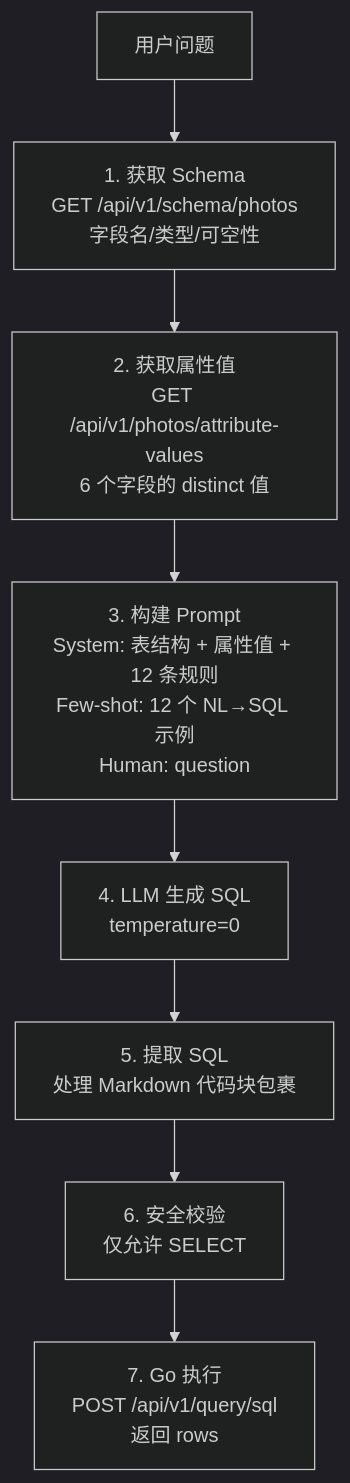
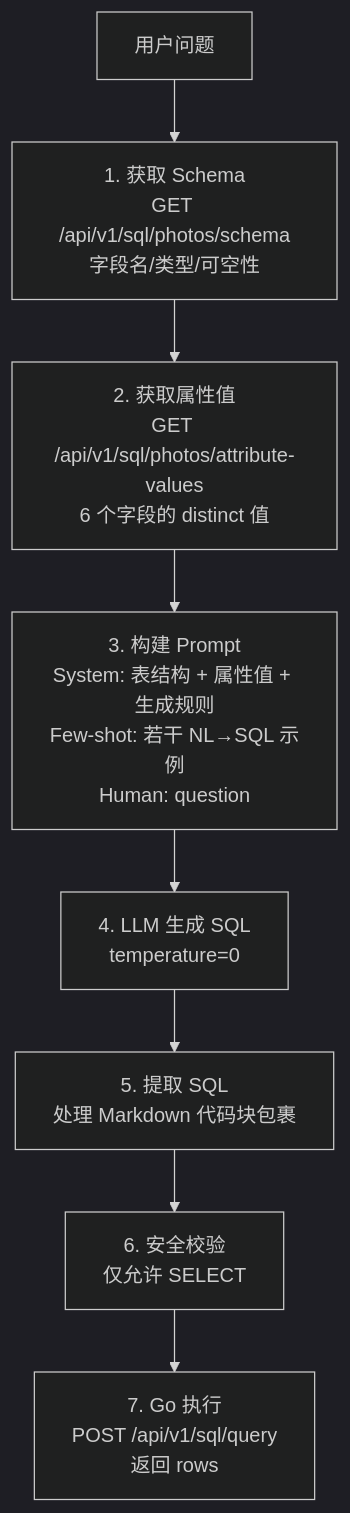
Before and after one commit to pancake-lee/photo-agent: the fifth of 5 diagrams in docs/tech.md, drawn with Mermaid (dark theme). The commit also changed other lines of this file and 16 other files, not shown here.

````diff
--- a/docs/tech.md
+++ b/docs/tech.md
@@ -116,10 +116,10 @@
 ```mermaid
 flowchart TD
-    A[用户问题] --> B["1. 获取 Schema<br>GET /api/v1/schema/photos<br>字段名/类型/可空性"]
-    B --> C["2. 获取属性值<br>GET /api/v1/photos/attribute-values<br>6 个字段的 distinct 值"]
-    C --> D["3. 构建 Prompt<br>System: 表结构 + 属性值 + 12 条规则<br>Few-shot: 12 个 NL→SQL 示例<br>Human: question"]
+    A[用户问题] --> B["1. 获取 Schema<br>GET /api/v1/sql/photos/schema<br>字段名/类型/可空性"]
+    B --> C["2. 获取属性值<br>GET /api/v1/sql/photos/attribute-values<br>6 个字段的 distinct 值"]
+    C --> D["3. 构建 Prompt<br>System: 表结构 + 属性值 + 生成规则<br>Few-shot: 若干 NL→SQL 示例<br>Human: question"]
     D --> E["4. LLM 生成 SQL<br>temperature=0"]
     E --> F["5. 提取 SQL<br>处理 Markdown 代码块包裹"]
     F --> G["6. 安全校验<br>仅允许 SELECT"]
-    G --> H["7. Go 执行<br>POST /api/v1/query/sql<br>返回 rows"]
+    G --> H["7. Go 执行<br>POST /api/v1/sql/query<br>返回 rows"]
 ```
````
